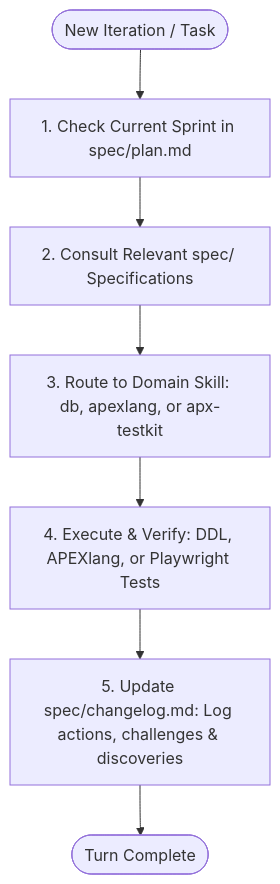
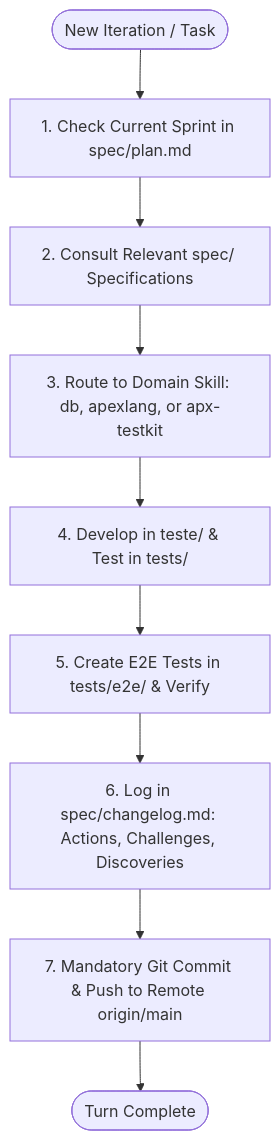
Before and after one commit to aguiarDavi/APEX-STUDY: the diagram in AGENTS.md, drawn with Mermaid. The commit also changed other lines of this file and 1 other file, not shown here.

Commit message:
docs: add rule 9 to AGENTS.md enforcing mandatory git commit and push after every iteration

````diff
--- a/AGENTS.md
+++ b/AGENTS.md
@@ -11,9 +11,11 @@
 ```mermaid
 flowchart TD
     Start([New Iteration / Task]) --> Step1[1. Check Current Sprint in spec/plan.md]
     Step1 --> Step2[2. Consult Relevant spec/ Specifications]
     Step2 --> Step3[3. Route to Domain Skill: db, apexlang, or apx-testkit]
-    Step3 --> Step4[4. Execute & Verify: DDL, APEXlang, or Playwright Tests]
-    Step4 --> Step5[5. Update spec/changelog.md: Log actions, challenges & discoveries]
-    Step5 --> End([Turn Complete])
+    Step3 --> Step4[4. Develop in teste/ & Test in tests/]
+    Step4 --> Step5[5. Create E2E Tests in tests/e2e/ & Verify]
+    Step5 --> Step6[6. Log in spec/changelog.md: Actions, Challenges, Discoveries]
+    Step6 --> Step7[7. Mandatory Git Commit & Push to Remote origin/main]
+    Step7 --> End([Turn Complete])
 ```
````
